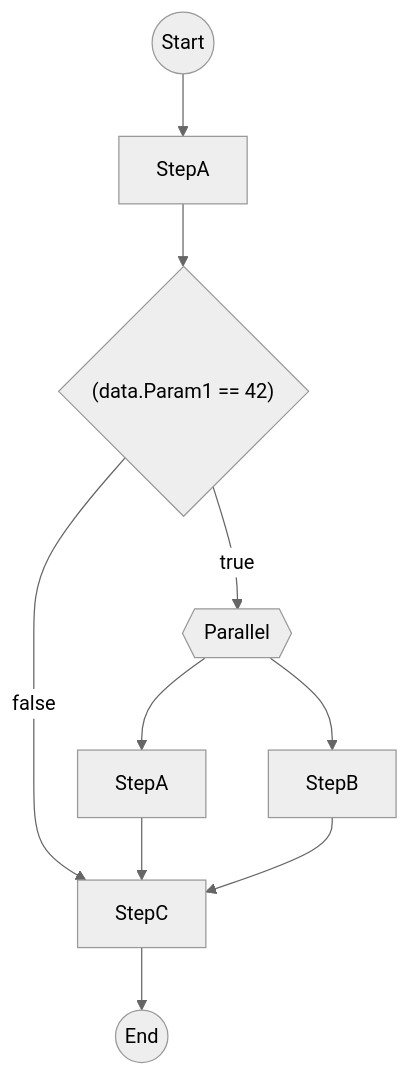
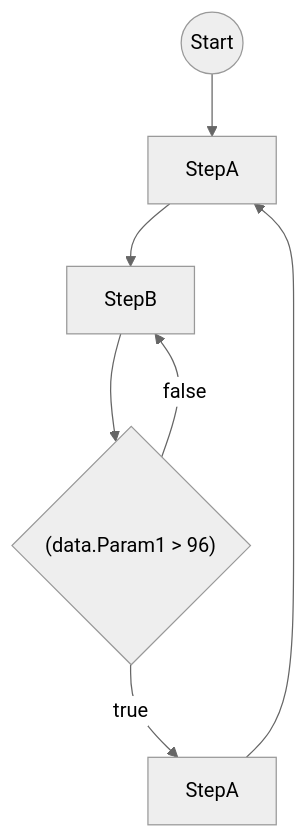
Before and after one commit to step-flow-platform/workflow-core-flowchart: the diagram in src/WorkflowCoreFlowchart.Tests/flowchart.md, drawn with Mermaid (neutral theme). The commit also changed 6 other files, not shown here.

````diff
--- a/src/WorkflowCoreFlowchart.Tests/flowchart.md
+++ b/src/WorkflowCoreFlowchart.Tests/flowchart.md
@@ -1,21 +1,15 @@
 ```mermaid
 flowchart TB
 startNode((Start))
 0[StepA]
-1{"(data.Param1 == 42)"}
-3{{Parallel}}
-4[StepA]
-5[StepB]
-6[StepC]
-7((End))
+1[StepB]
+2{"(data.Param1 > 96)"}
+3[StepA]
 
 startNode --> 0
 0 --> 1
-1 -->|false| 6
-1 -->|true| 3
-3 --> 4
-3 --> 5
-4 --> 6
-5 --> 6
-6 --> 7
+1 --> 2
+2 -->|false| 1
+2 -->|true| 3
+3 --> 0
 ```
````
